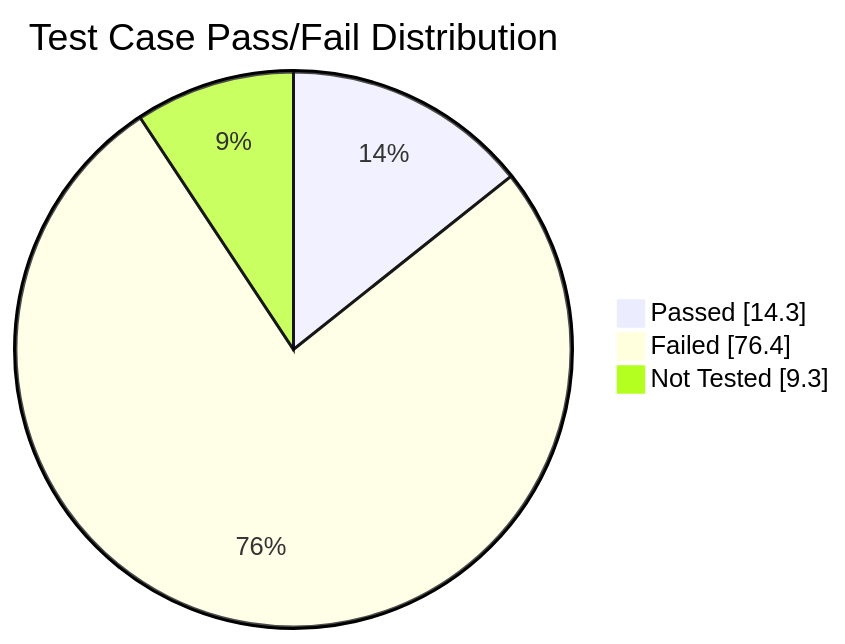
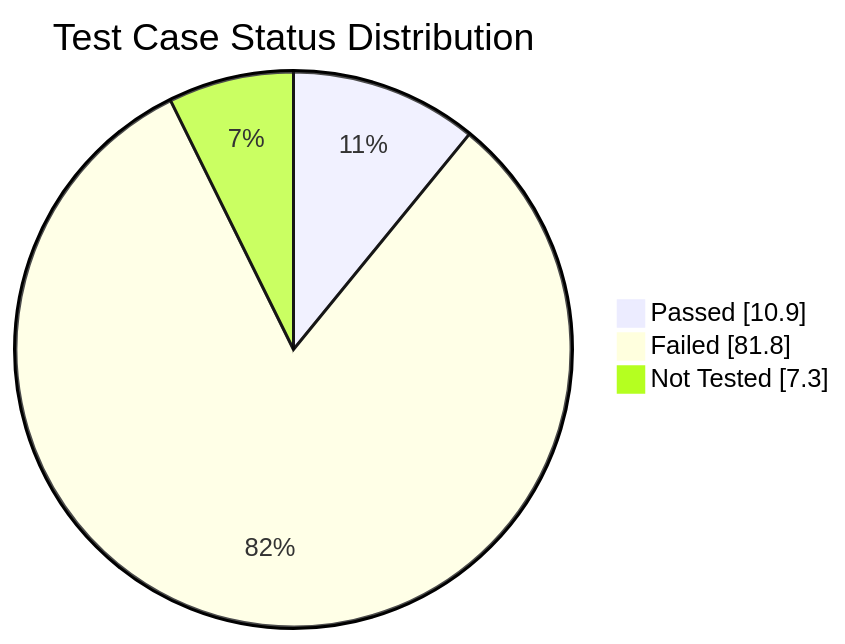
Before and after one commit to PLP-Database-Design/wk-6-jackiecherotich-1: the fourth of 6 diagrams in TEST_REPORT.md, drawn with Mermaid. The commit also changed other lines of this file, not shown here.

First line of the commit message:
Revise Software Test Report for CleanCity Scheduler

````diff
--- a/TEST_REPORT.md
+++ b/TEST_REPORT.md
@@ -510,7 +485,7 @@
 ```mermaid
 pie showData
-    title Test Case Pass/Fail Distribution
-    "Passed" : 14.3
-    "Failed" : 76.4
-    "Not Tested" : 9.3
+    title Test Case Status Distribution
+    "Passed" : 10.9
+    "Failed" : 81.8
+    "Not Tested" : 7.3
 ```
````
